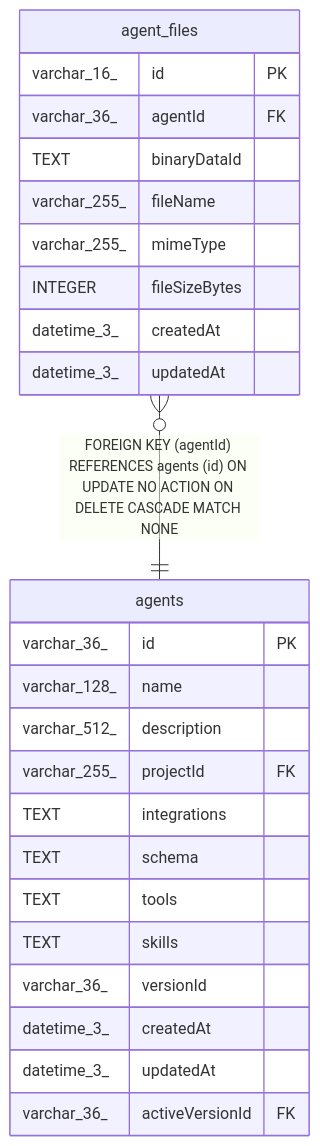
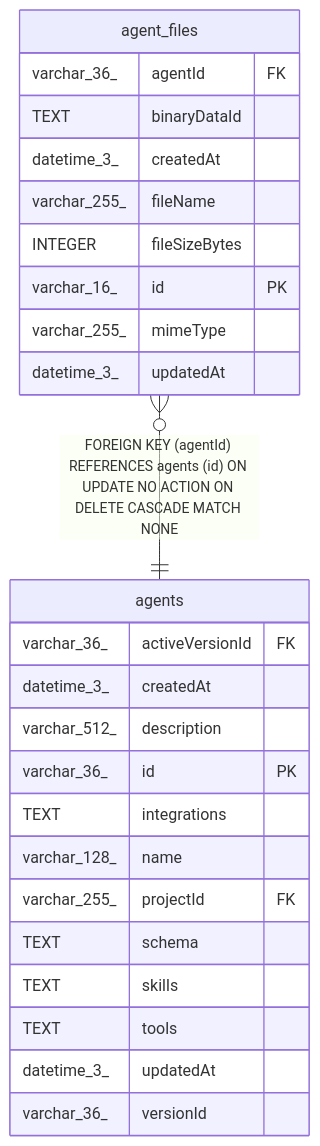
One commit to mayankjain1815-commits/n8n changed the diagram in docs/generated/sqlite-schema/agent_files.md. Above: the diagram before and after it, drawn with Mermaid. The commit also changed other lines of this file and 221 other files, not shown here.

Commit message:
chore(core): Make DB schema docs generation deterministic (#32373)

````diff
--- a/docs/generated/sqlite-schema/agent_files.md
+++ b/docs/generated/sqlite-schema/agent_files.md
@@ -44,30 +44,30 @@
 ```mermaid
 erDiagram
 
 "agent_files" }o--|| "agents" : "FOREIGN KEY (agentId) REFERENCES agents (id) ON UPDATE NO ACTION ON DELETE CASCADE MATCH NONE"
 
 "agent_files" {
-  varchar_16_ id PK
   varchar_36_ agentId FK
   TEXT binaryDataId
+  datetime_3_ createdAt
   varchar_255_ fileName
+  INTEGER fileSizeBytes
+  varchar_16_ id PK
   varchar_255_ mimeType
-  INTEGER fileSizeBytes
-  datetime_3_ createdAt
   datetime_3_ updatedAt
 }
 "agents" {
+  varchar_36_ activeVersionId FK
+  datetime_3_ createdAt
+  varchar_512_ description
   varchar_36_ id PK
+  TEXT integrations
   varchar_128_ name
-  varchar_512_ description
   varchar_255_ projectId FK
-  TEXT integrations
   TEXT schema
+  TEXT skills
   TEXT tools
-  TEXT skills
+  datetime_3_ updatedAt
   varchar_36_ versionId
-  datetime_3_ createdAt
-  datetime_3_ updatedAt
-  varchar_36_ activeVersionId FK
 }
 ```
````
